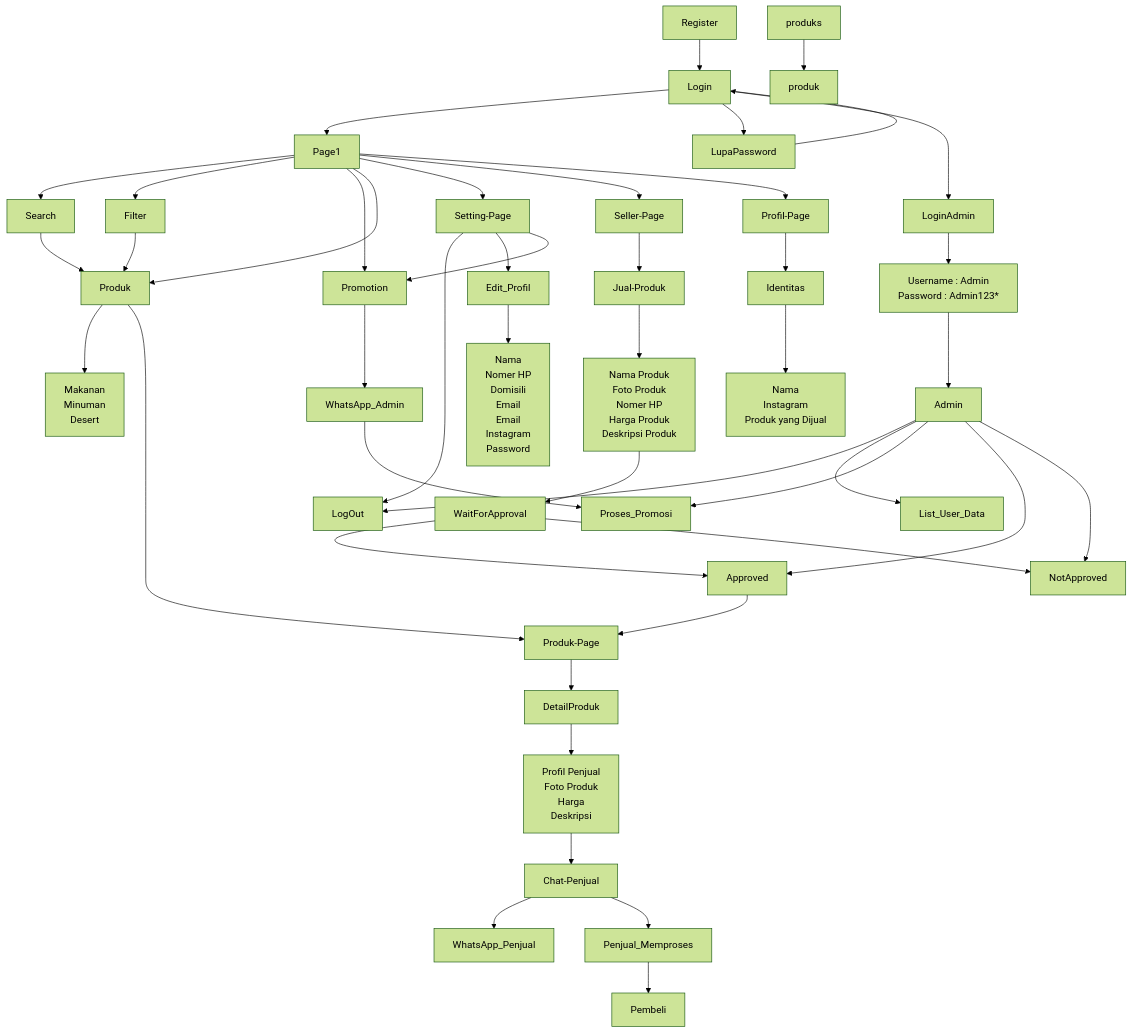
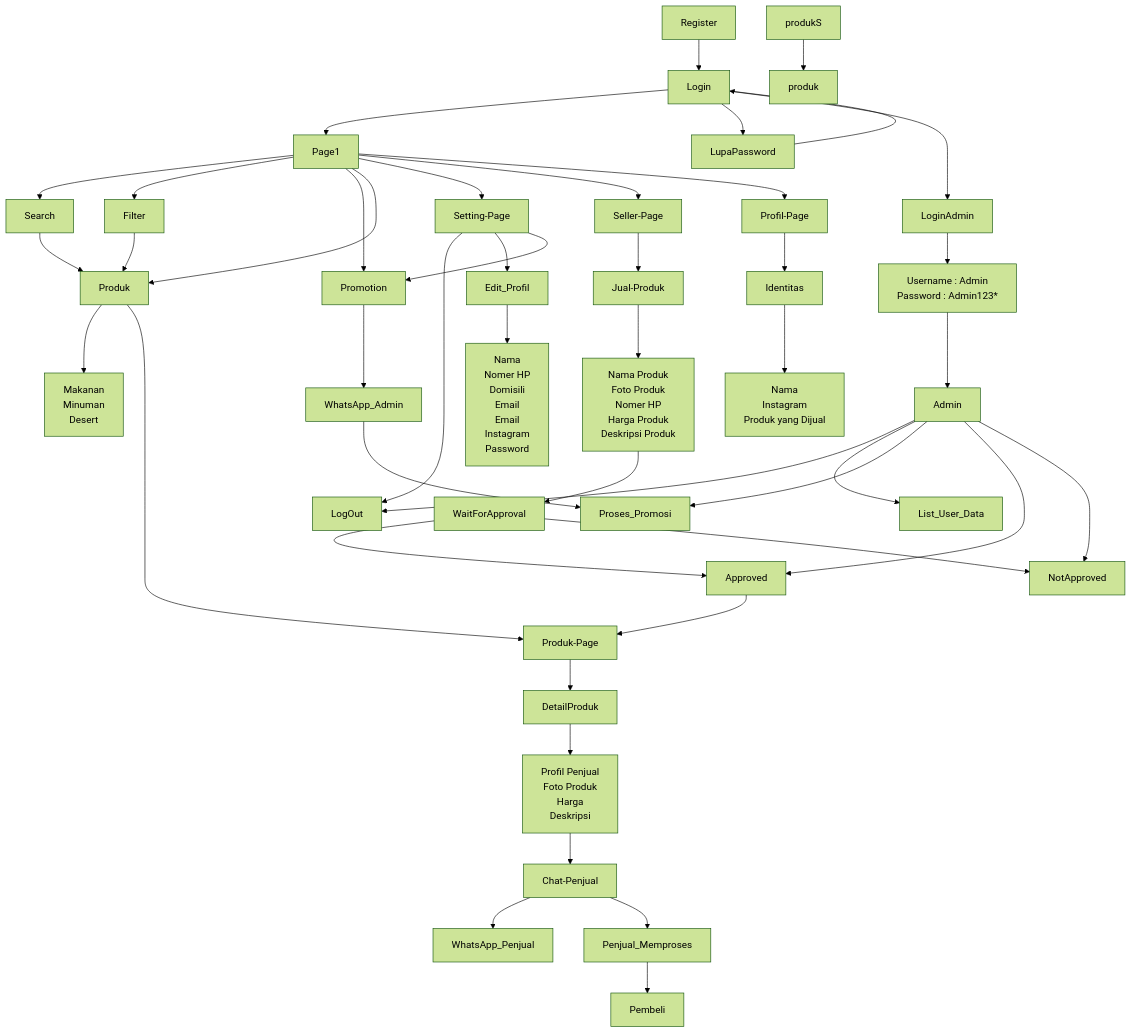
One commit to dzikriii24/CanteenGo changed the second of 2 diagrams in README.md. Above: the diagram before and after it, drawn with Mermaid (forest theme).

```diff
--- a/README.md
+++ b/README.md
@@ -222,7 +222,7 @@
     Search --> Produk
     Filter --> Produk
     Produk --> ProdukS
-    produks --> produk
+    produkS --> produk
     Produk --> Produk-Page
 
     Promotion --> WhatsApp_Admin
```
